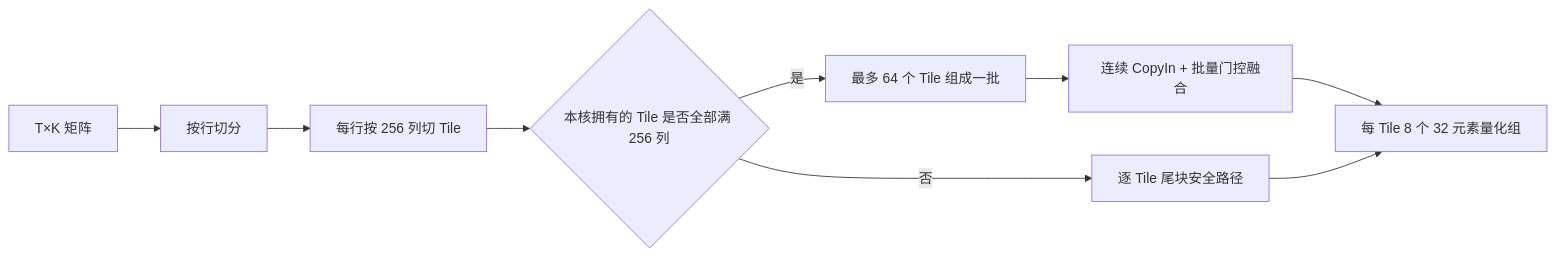
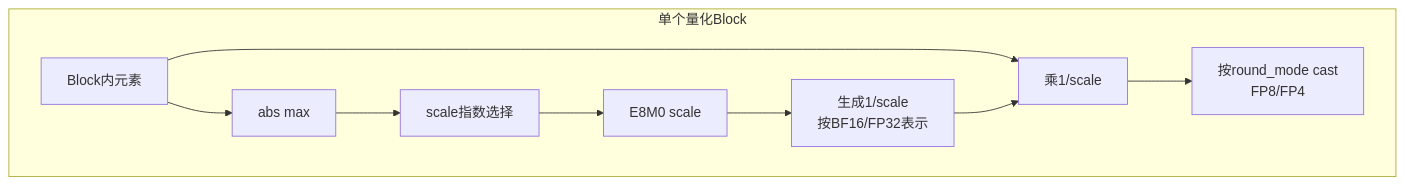
One commit to ChunnX/ops-transformer changed the second of 10 diagrams in attention/cla_gate_mx_quant_with_dual_axis/docs/ClaGateMxQuantWithDualAxis算子详细设计说明书.md. Above: the diagram before and after it, drawn with Mermaid. The commit also changed other lines of this file and 14 other files, not shown here.

````diff
--- a/attention/cla_gate_mx_quant_with_dual_axis/docs/ClaGateMxQuantWithDualAxis算子详细设计说明书.md
+++ b/attention/cla_gate_mx_quant_with_dual_axis/docs/ClaGateMxQuantWithDualAxis算子详细设计说明书.md
@@ -266,11 +261,12 @@
 ```mermaid
-flowchart LR
-    A[T×K 矩阵] --> B[按行切分]
-    B --> C[每行按 256 列切 Tile]
-    C --> D{本核拥有的 Tile 是否全部满 256 列}
-    D -->|是| E[最多 64 个 Tile 组成一批]
-    E --> F[连续 CopyIn + 批量门控融合]
-    D -->|否| G[逐 Tile 尾块安全路径]
-    F --> H[每 Tile 8 个 32 元素量化组]
-    G --> H
+flowchart TD
+    subgraph 单个量化Block
+        X[Block内元素] --> MAX[abs max]
+        MAX --> E[scale指数选择]
+        E --> S[E8M0 scale]
+        S --> RECIP[生成1/scale\n按BF16/FP32表示]
+        X --> MUL[乘1/scale]
+        RECIP --> MUL
+        MUL --> CAST[按round_mode cast\nFP8/FP4]
+    end
 ```
````
